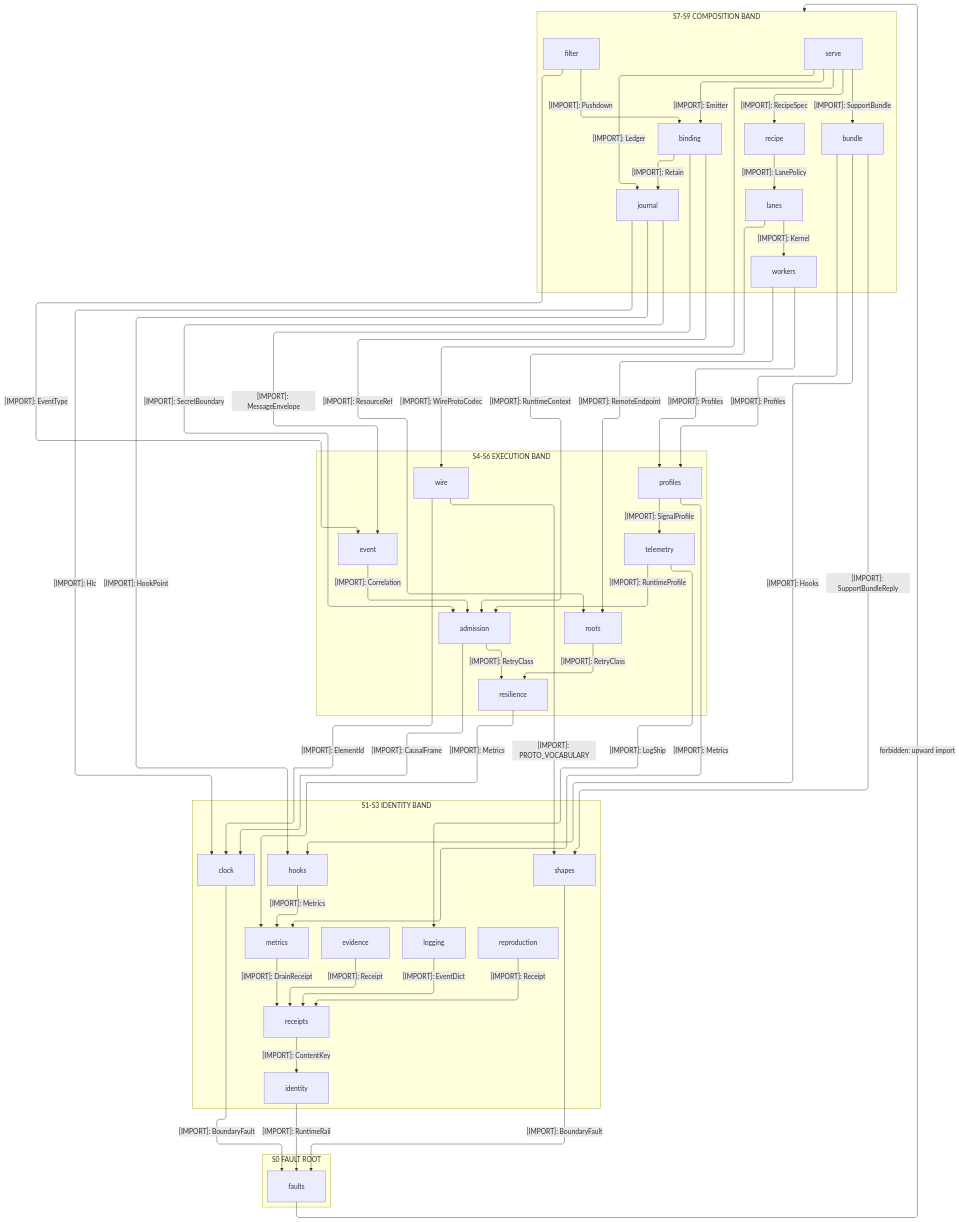
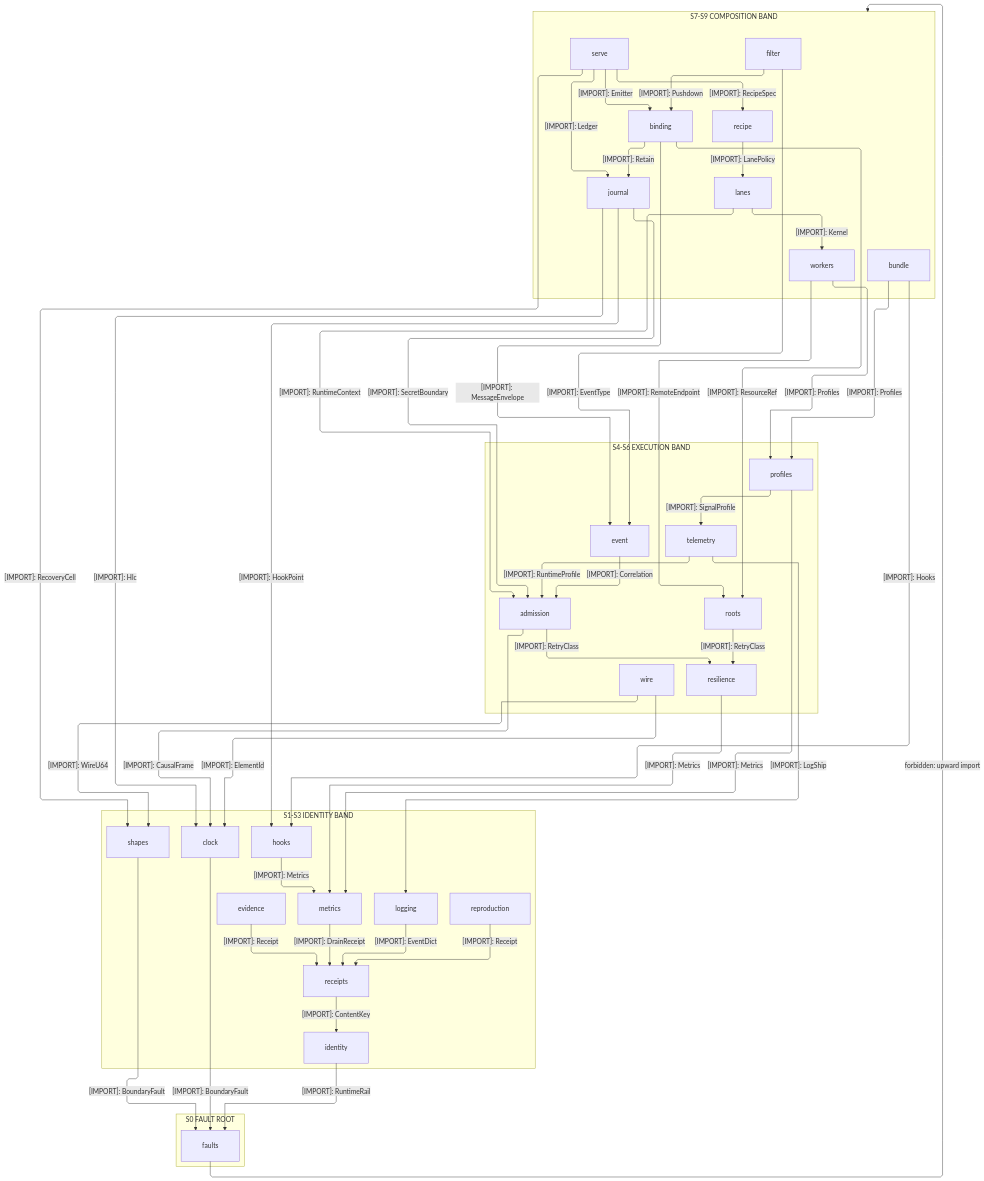
Before and after one commit to bsamiee/Rasm: the first of 4 diagrams in libs/python/runtime/ARCHITECTURE.md, drawn with Mermaid. The commit also changed other lines of this file and 820 other files, not shown here.

```diff
--- a/libs/python/runtime/ARCHITECTURE.md
+++ b/libs/python/runtime/ARCHITECTURE.md
@@ -87,8 +87,7 @@
         Faults[faults]
     end
     Serve e1@-->|"[IMPORT]: RecipeSpec"| Recipe
-    Serve e2@-->|"[IMPORT]: SupportBundle"| Bundle
-    Serve e3@-->|"[IMPORT]: WireProtoCodec"| Wire
+    Serve e3@-->|"[IMPORT]: RecoveryCell"| Shapes
     Serve e4@-->|"[IMPORT]: Emitter"| Binding
     Serve e5@-->|"[IMPORT]: Ledger"| Journal
     Binding e6@-->|"[IMPORT]: MessageEnvelope"| Event
@@ -98,7 +97,6 @@
     Filter e10@-->|"[IMPORT]: EventType"| Event
     Bundle e11@-->|"[IMPORT]: Profiles"| Profiles
     Bundle e12@-->|"[IMPORT]: Hooks"| Hooks
-    Bundle e13@-->|"[IMPORT]: SupportBundleReply"| Shapes
     Journal e14@-->|"[IMPORT]: HookPoint"| Hooks
     Journal e15@-->|"[IMPORT]: Hlc"| Clock
     Journal e16@-->|"[IMPORT]: SecretBoundary"| Admission
@@ -113,7 +111,7 @@
     Telemetry e25@-->|"[IMPORT]: RuntimeProfile"| Admission
     Telemetry e26@-->|"[IMPORT]: LogShip"| Logging
     Wire e27@-->|"[IMPORT]: ElementId"| Clock
-    Wire e28@-->|"[IMPORT]: PROTO_VOCABULARY"| Shapes
+    Wire e28@-->|"[IMPORT]: WireU64"| Shapes
     Admission e29@-->|"[IMPORT]: CausalFrame"| Clock
     Admission e30@-->|"[IMPORT]: RetryClass"| Resilience
     Roots e31@-->|"[IMPORT]: RetryClass"| Resilience
```
